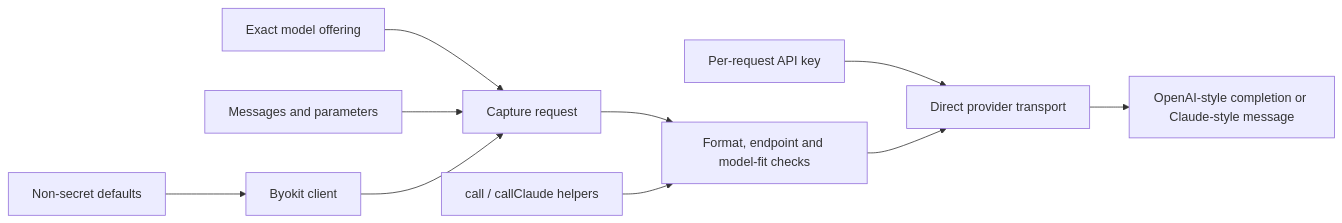
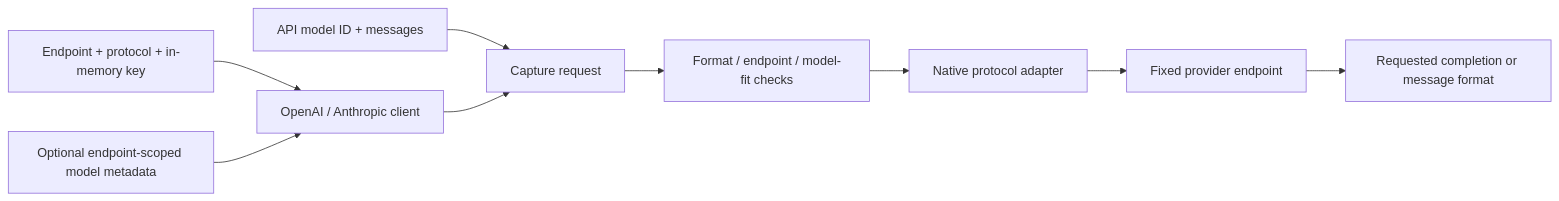
One commit to staff-000/byokit changed the tenth of 13 diagrams in docs/design.md. Above: the diagram before and after it, drawn with Mermaid. The commit also changed other lines of this file and 27 other files, not shown here.

Commit message:
Use standard OpenAI and Anthropic constructor authentication

````diff
--- a/docs/design.md
+++ b/docs/design.md
@@ -355,12 +354,11 @@
 ```mermaid
 flowchart LR
-  Defaults[Non-secret defaults] --> Client[Byokit client]
-  Model[Exact model offering] --> Snapshot[Capture request]
-  Input[Messages and parameters] --> Snapshot
+  Config[Endpoint + protocol + in-memory key] --> Client[OpenAI / Anthropic client]
+  Models[Optional endpoint-scoped model metadata] --> Client
+  Input[API model ID + messages] --> Snapshot[Capture request]
   Client --> Snapshot
-  Snapshot --> Validate[Format, endpoint and model-fit checks]
-  Key[Per-request API key] --> Request[Direct provider transport]
-  Validate --> Request
-  Request --> Response[OpenAI-style completion or Claude-style message]
-  Helpers[call / callClaude helpers] --> Validate
+  Snapshot --> Validate[Format / endpoint / model-fit checks]
+  Validate --> Adapter[Native protocol adapter]
+  Adapter --> Provider[Fixed provider endpoint]
+  Provider --> Result[Requested completion or message format]
 ```
````
